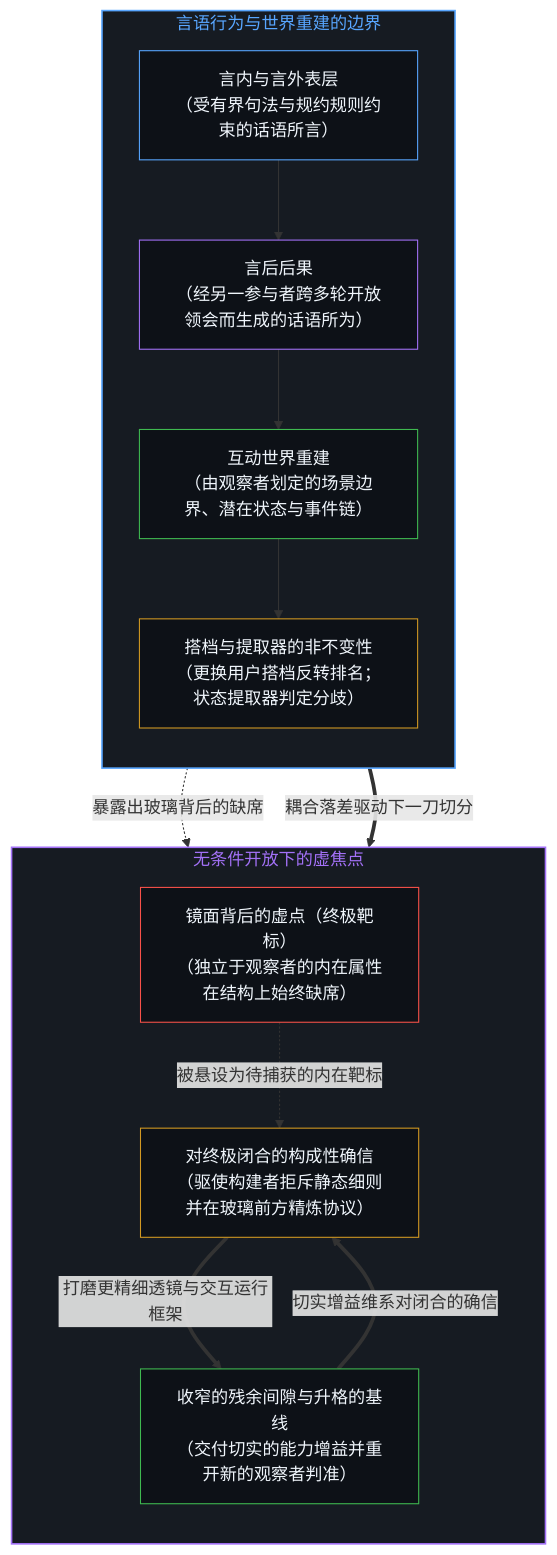
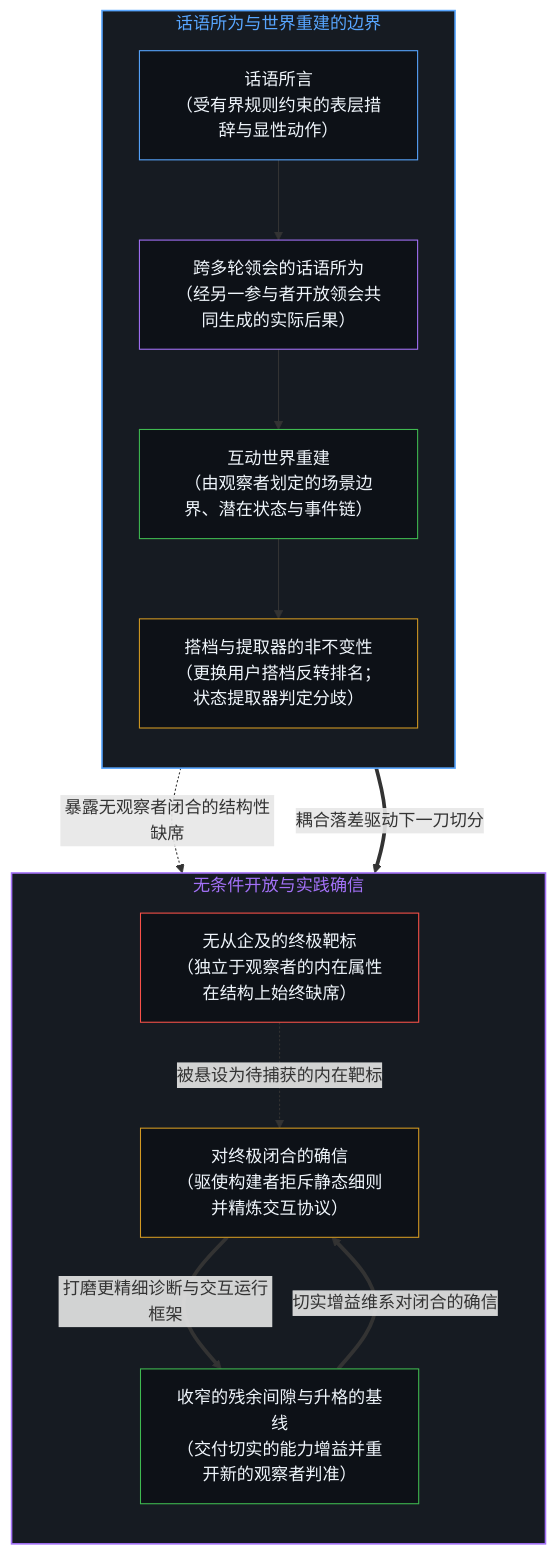
Before and after one commit to powerpig99/not-a-toe: the first of 4 diagrams in content/posts/eternally-wrong-questions-that-haunt-practice.md, drawn with Mermaid. The commit also changed other lines of this file and 24 other files, not shown here.

````diff
--- a/content/posts/eternally-wrong-questions-that-haunt-practice.md
+++ b/content/posts/eternally-wrong-questions-that-haunt-practice.md
@@ -21,31 +21,31 @@
 ```mermaid
 flowchart TD
-    subgraph S_Speech["言语行为与世界重建的边界"]
+    subgraph S_Speech["话语所为与世界重建的边界"]
         direction TB
-        LOC["言内与言外表层<br/>（受有界句法与规约规则约束的话语所言）"]
-        PER["言后后果<br/>（经另一参与者跨多轮开放领会而生成的话语所为）"]
+        LOC["话语所言<br/>（受有界规则约束的表层措辞与显性动作）"]
+        PER["跨多轮领会的话语所为<br/>（经另一参与者开放领会共同生成的实际后果）"]
         REC["互动世界重建<br/>（由观察者划定的场景边界、潜在状态与事件链）"]
         COUP["搭档与提取器的非不变性<br/>（更换用户搭档反转排名；状态提取器判定分歧）"]
         LOC --> PER --> REC --> COUP
     end
-    subgraph S_Focus["无条件开放下的虚焦点"]
+    subgraph S_Focus["无条件开放与实践确信"]
         direction TB
-        MIR["镜面背后的虚点（终极靶标）<br/>（独立于观察者的内在属性在结构上始终缺席）"]
-        CONV["对终极闭合的构成性确信<br/>（驱使构建者拒斥静态细则并在玻璃前方精炼协议）"]
+        MIR["无从企及的终极靶标<br/>（独立于观察者的内在属性在结构上始终缺席）"]
+        CONV["对终极闭合的确信<br/>（驱使构建者拒斥静态细则并精炼交互协议）"]
         GAIN["收窄的残余间隙与升格的基线<br/>（交付切实的能力增益并重开新的观察者判准）"]
         MIR -. "被悬设为待捕获的内在靶标" .-> CONV
-        CONV ==>|"打磨更精细透镜与交互运行框架"| GAIN
+        CONV ==>|"打磨更精细诊断与交互运行框架"| GAIN
         GAIN ==>|"切实增益维系对闭合的确信"| CONV
     end
-    COUP -. "暴露出玻璃背后的缺席" .-> MIR
+    COUP -. "暴露无观察者闭合的结构性缺席" .-> MIR
     COUP ==>|"耦合落差驱动下一刀切分"| CONV
     style S_Speech fill:#161b22,stroke:#58a6ff,stroke-width:1.5px,color:#58a6ff
     style S_Focus fill:#161b22,stroke:#a371f7,stroke-width:1.5px,color:#a371f7
     style LOC fill:#0d1117,stroke:#58a6ff,stroke-width:1px,color:#f0f6fc
     style PER fill:#0d1117,stroke:#a371f7,stroke-width:1px,color:#f0f6fc
     style REC fill:#0d1117,stroke:#3fb950,stroke-width:1px,color:#f0f6fc
     style COUP fill:#0d1117,stroke:#d29922,stroke-width:1px,color:#f0f6fc
     style MIR fill:#0d1117,stroke:#f85149,stroke-width:1px,color:#f0f6fc
     style CONV fill:#0d1117,stroke:#d29922,stroke-width:1px,color:#f0f6fc
     style GAIN fill:#0d1117,stroke:#3fb950,stroke-width:1px,color:#f0f6fc
 ```
````
